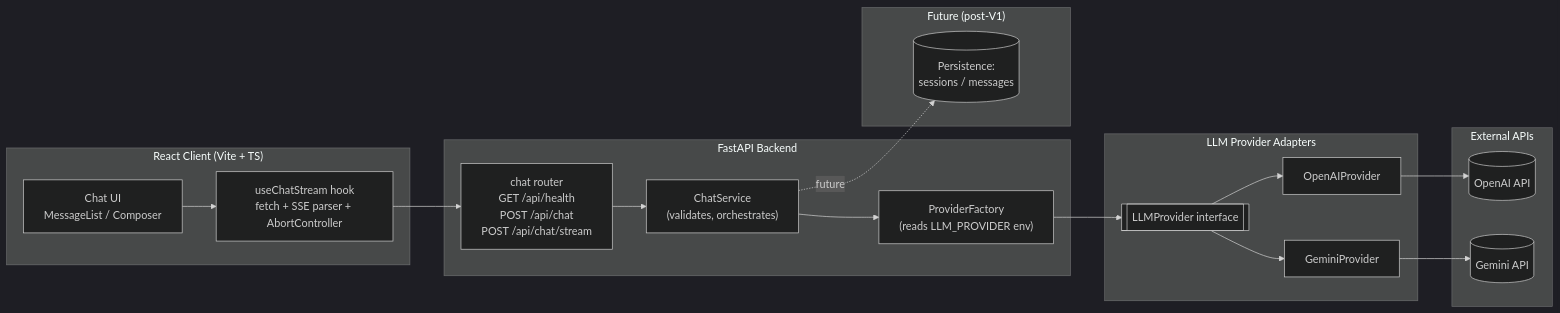
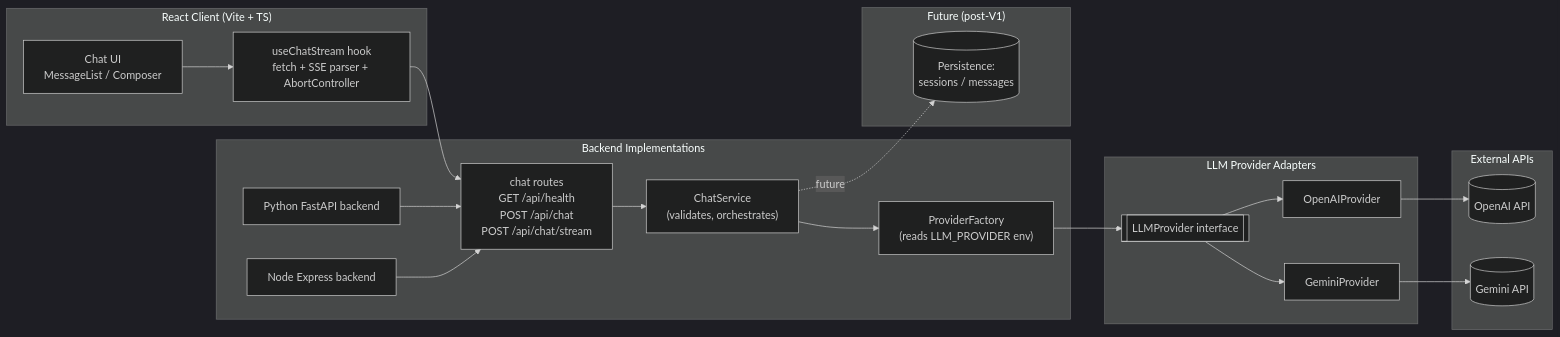
Before and after one commit to pateatlau/chatbot-react-python-nodejs: the diagram in README.md, drawn with Mermaid (dark theme). The commit also changed other lines of this file and 62 other files, not shown here.

````diff
--- a/README.md
+++ b/README.md
@@ -36,35 +38,39 @@
 ```mermaid
 flowchart LR
   subgraph Client["React Client (Vite + TS)"]
     UI["Chat UI\nMessageList / Composer"]
     Hook["useChatStream hook\nfetch + SSE parser + AbortController"]
   end
 
-  subgraph API["FastAPI Backend"]
-    Router["chat router\nGET /api/health\nPOST /api/chat\nPOST /api/chat/stream"]
+  subgraph API["Backend Implementations"]
+    Py["Python FastAPI backend"]
+    Node["Node Express backend"]
+    Router["chat routes\nGET /api/health\nPOST /api/chat\nPOST /api/chat/stream"]
     Service["ChatService\n(validates, orchestrates)"]
     Factory["ProviderFactory\n(reads LLM_PROVIDER env)"]
   end
 
   subgraph Providers["LLM Provider Adapters"]
     Base[["LLMProvider interface"]]
     OpenAIAdapter["OpenAIProvider"]
     GeminiAdapter["GeminiProvider"]
   end
 
   subgraph External["External APIs"]
     OpenAI[("OpenAI API")]
     Gemini[("Gemini API")]
   end
 
   subgraph Future["Future (post-V1)"]
     DB[("Persistence:\nsessions / messages")]
   end
 
   UI --> Hook --> Router
+  Py --> Router
+  Node --> Router
   Router --> Service --> Factory
   Factory --> Base
   Base --> OpenAIAdapter --> OpenAI
   Base --> GeminiAdapter --> Gemini
   Service -. future .-> DB
 ```
````
